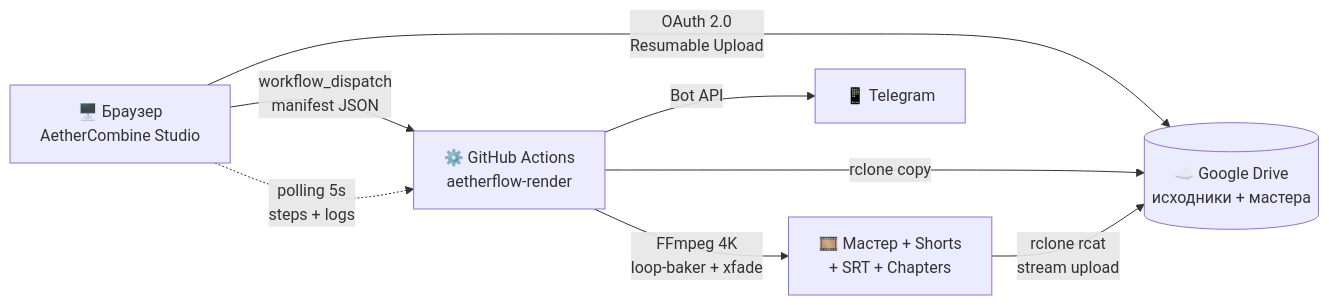
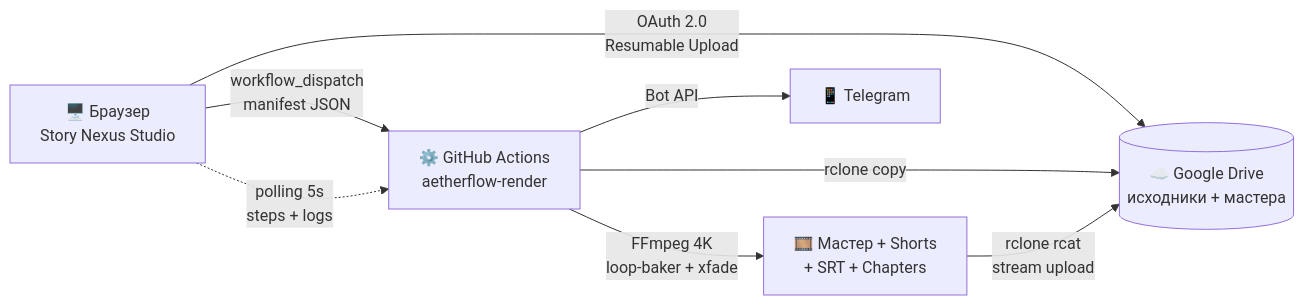
Before and after one commit to ZermeXX/aethercombine-studio: the second of 2 diagrams in README.ru.md, drawn with Mermaid. The commit also changed other lines of this file, not shown here.

Commit message:
Correct README module branding to approved Nexus names

````diff
--- a/README.ru.md
+++ b/README.ru.md
@@ -85,10 +85,10 @@
 ```mermaid
 flowchart LR
-    A["🖥️ Браузер<br/>AetherCombine Studio"] -->|"OAuth 2.0<br/>Resumable Upload"| B[("☁️ Google Drive<br/>исходники + мастера")]
+    A["🖥️ Браузер<br/>Story Nexus Studio"] -->|"OAuth 2.0<br/>Resumable Upload"| B[("☁️ Google Drive<br/>исходники + мастера")]
     A -->|"workflow_dispatch<br/>manifest JSON"| C["⚙️ GitHub Actions<br/>aetherflow-render"]
     C -->|"rclone copy"| B
     C -->|"FFmpeg 4K<br/>loop-baker + xfade"| D["🎞️ Мастер + Shorts<br/>+ SRT + Chapters"]
     D -->|"rclone rcat<br/>stream upload"| B
     C -->|"Bot API"| E["📱 Telegram"]
     A -.->|"polling 5s<br/>steps + logs"| C
 ```
````
